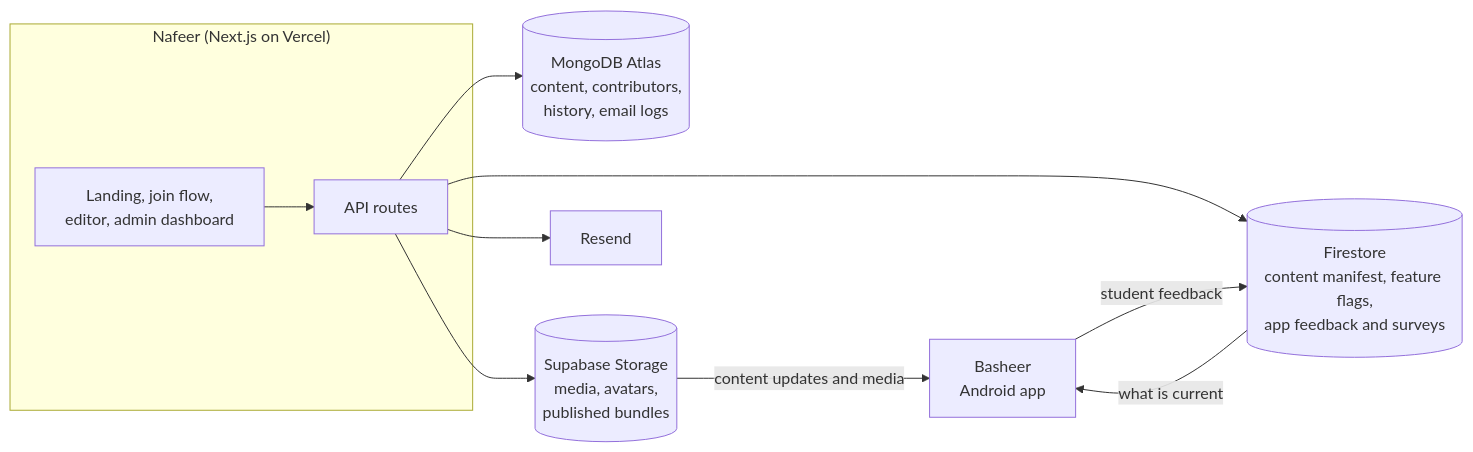
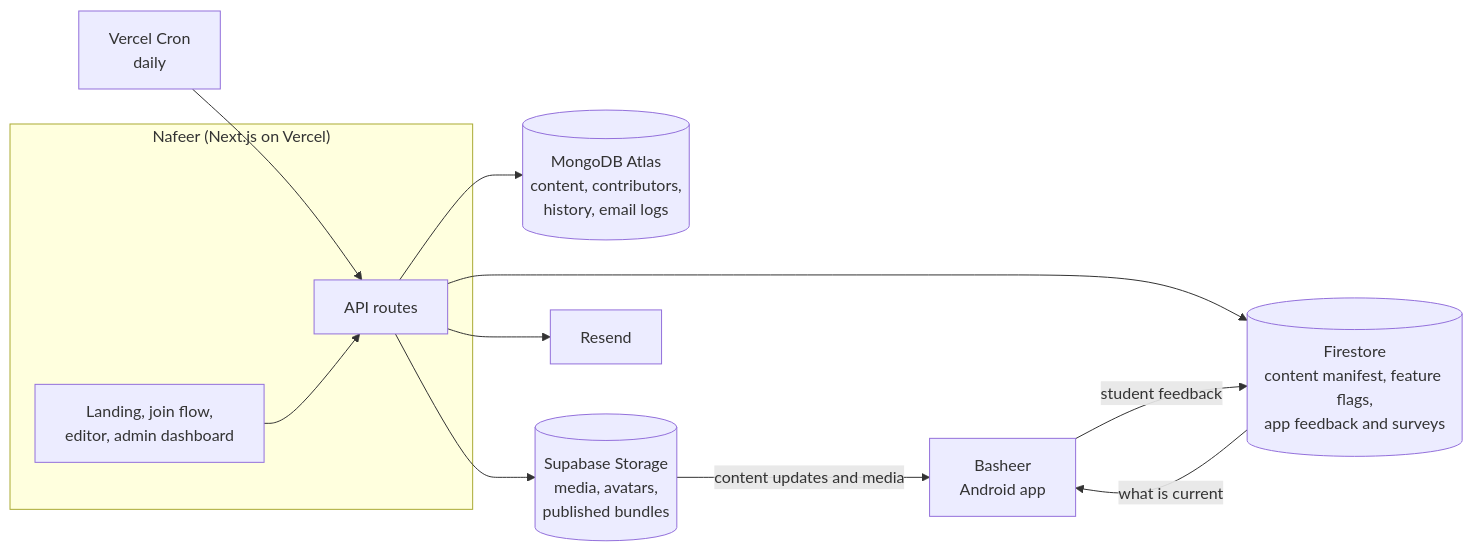
Before and after one commit to altyebv/Nafeer: the second of 2 diagrams in README.md, drawn with Mermaid. The commit also changed other lines of this file, not shown here.

````diff
--- a/README.md
+++ b/README.md
@@ -230,22 +252,24 @@
 ```mermaid
 flowchart LR
     subgraph Web["Nafeer (Next.js on Vercel)"]
         UI["Landing, join flow,<br/>editor, admin dashboard"]
         API["API routes"]
     end
 
     Mongo[("MongoDB Atlas<br/>content, contributors,<br/>history, email logs")]
     Supa[("Supabase Storage<br/>media, avatars,<br/>published bundles")]
     Fire[("Firestore<br/>content manifest, feature flags,<br/>app feedback and surveys")]
     Mail["Resend"]
+    Cron["Vercel Cron<br/>daily"]
     App["Basheer<br/>Android app"]
 
+    Cron --> API
     UI --> API
     API --> Mongo
     API --> Supa
     API --> Fire
     API --> Mail
     Supa -->|content updates and media| App
     Fire -->|what is current| App
     App -->|student feedback| Fire
 ```
````
